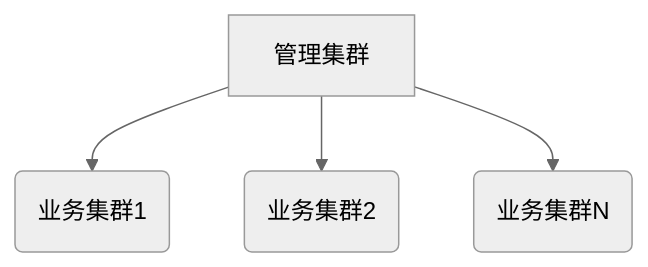
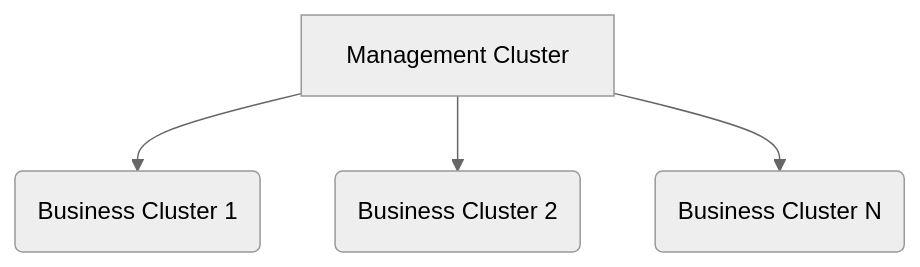
Before and after one commit to alauda/doom: the diagram in fixture-docs/zh/install/overview.mdx, drawn with Mermaid (neutral theme). The commit also changed other lines of this file and 24 other files, not shown here.

````diff
--- a/fixture-docs/zh/install/overview.mdx
+++ b/fixture-docs/zh/install/overview.mdx
@@ -30,6 +27,6 @@
   ```mermaid
   graph TD
-      A[管理集群] --> B(业务集群1)
-      A --> C(业务集群2)
-      A --> D(业务集群N)
+      A[Management Cluster] --> B(Business Cluster 1)
+      A --> C(Business Cluster 2)
+      A --> D(Business Cluster N)
   ```
````
